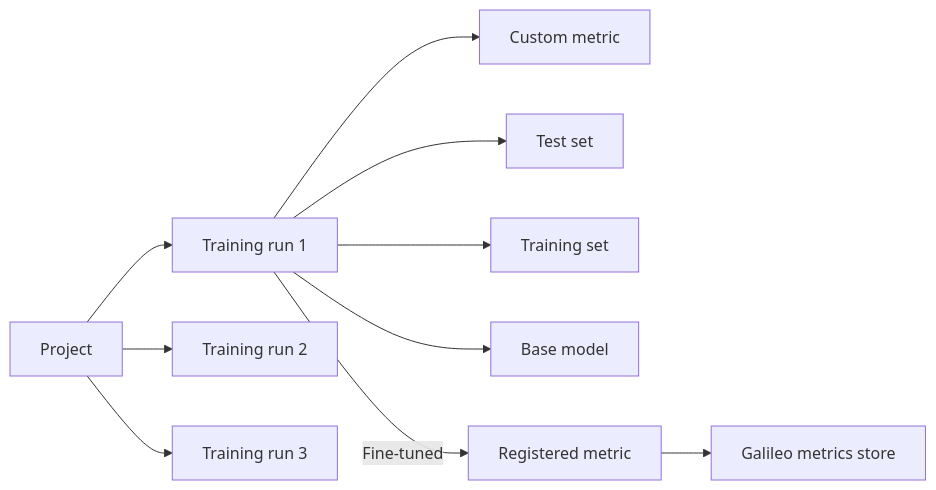
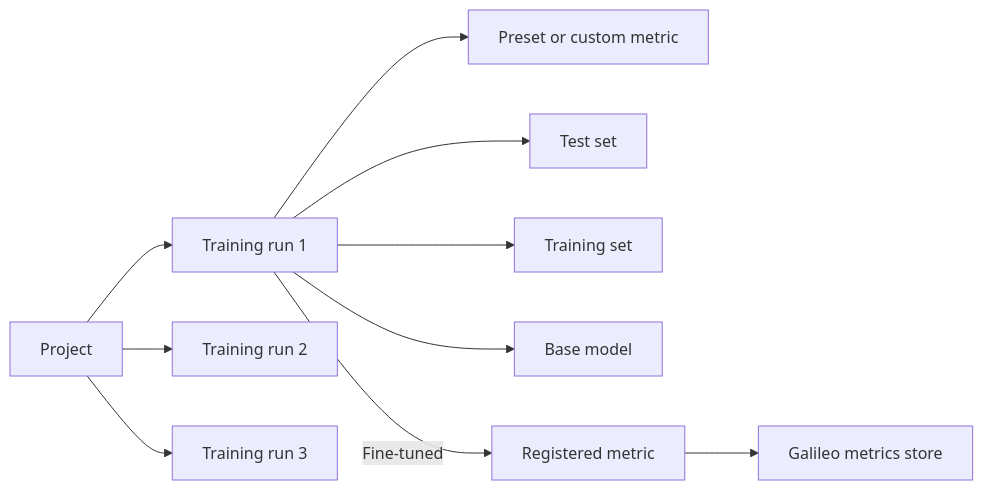
Before and after one commit to rungalileo/docs-official: the diagram in luna-studio/core-concepts.mdx, drawn with Mermaid. The commit also changed other lines of this file and 23 other files, not shown here.

````diff
--- a/luna-studio/core-concepts.mdx
+++ b/luna-studio/core-concepts.mdx
@@ -12,12 +12,12 @@
 ```mermaid
 flowchart LR
   Project --> Run1[Training run 1]
   Project --> Run2[Training run 2]
   Project --> Run3[Training run 3]
-  Run1 --> Metric[Custom metric]
+  Run1 --> Metric[Preset or custom metric]
   Run1 --> TestSet[Test set]
   Run1 --> TrainingSet[Training set]
   Run1 --> BaseModel[Base model]
   Run1 -->|"Fine-tuned"| Registered[Registered metric]
   Registered --> GalileoStore["Galileo metrics store"]
 ```
````
